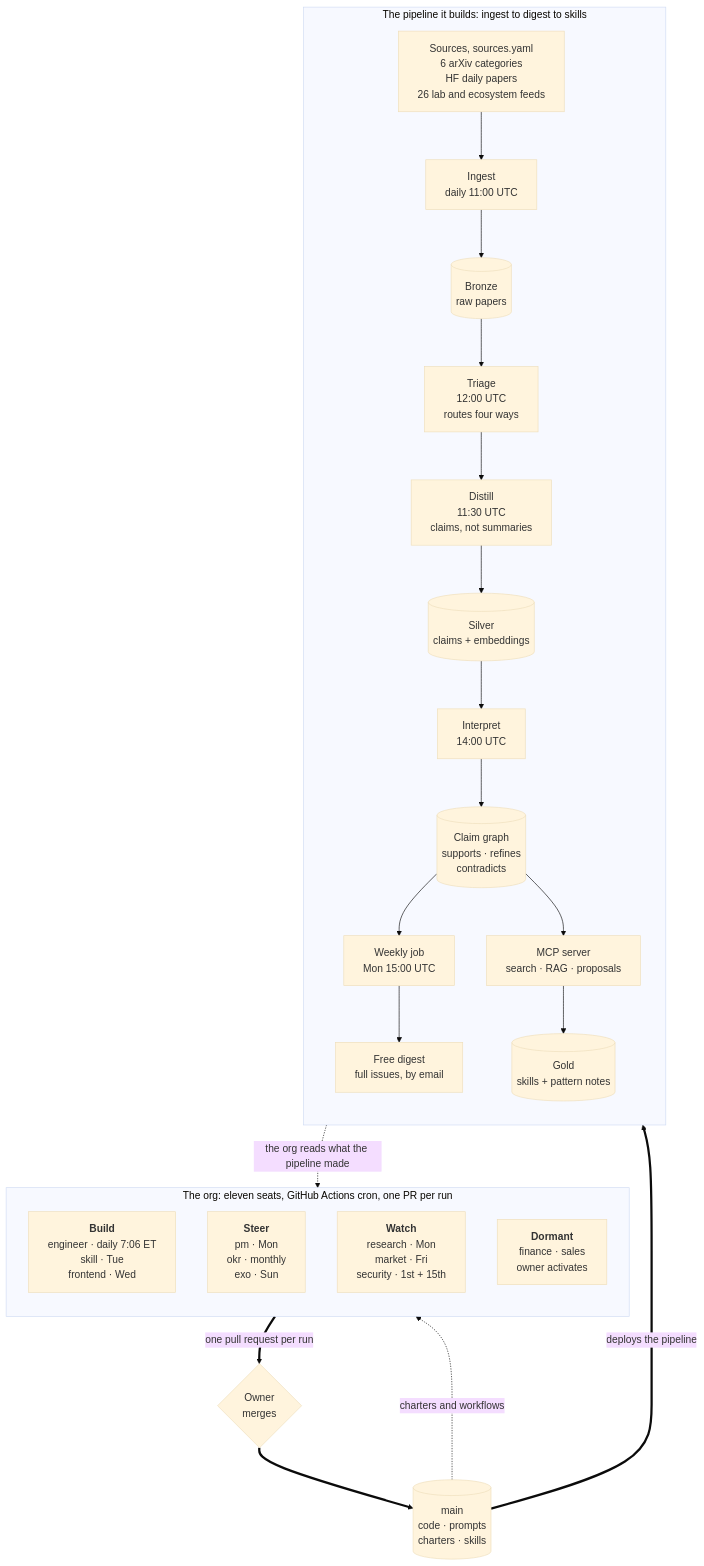
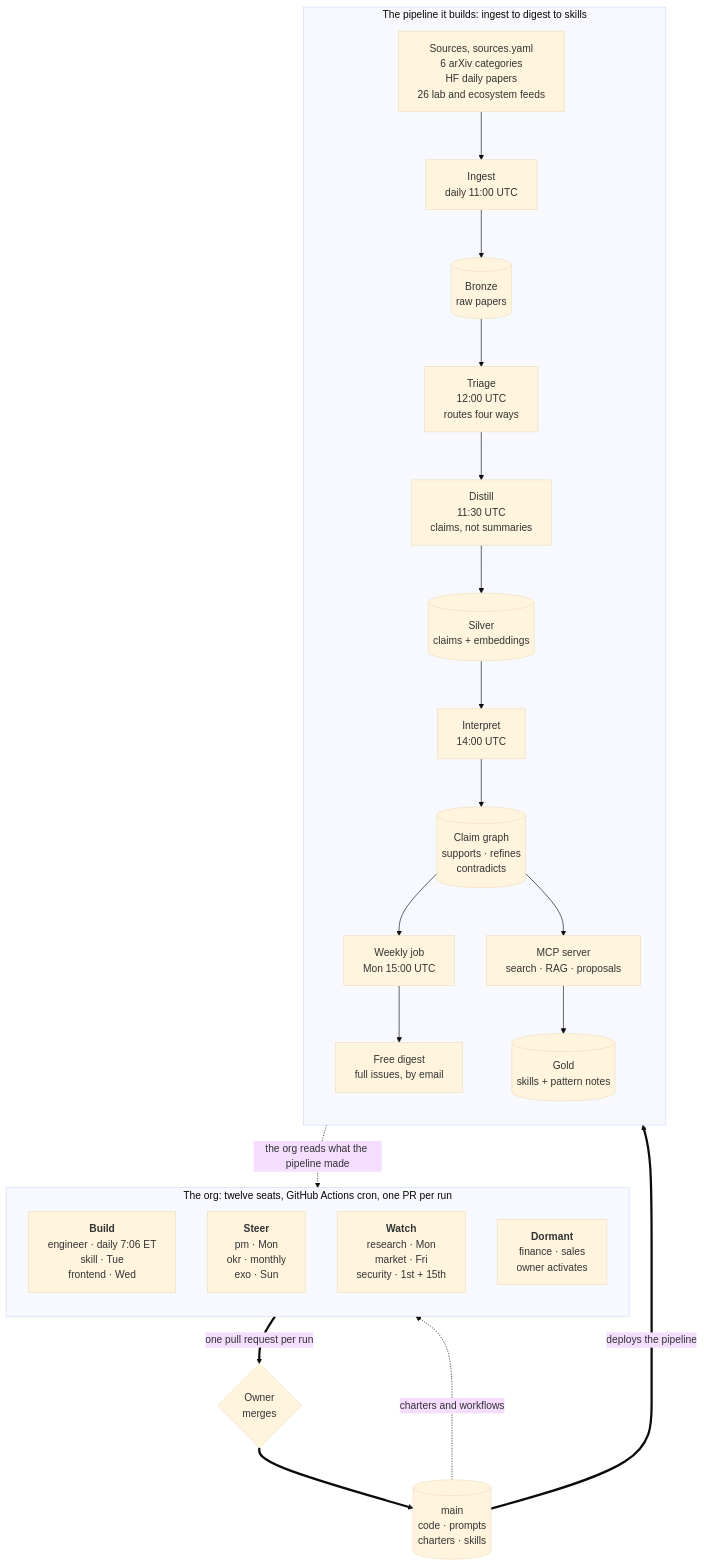
Before and after one commit to alexandrapaiz/alexandria: the first of 2 diagrams in README.md, drawn with Mermaid (base theme). The commit also changed other lines of this file, not shown here.

Commit message:
README: twelve seats, the writer row, containerized runs, ADR range to 28

````diff
--- a/README.md
+++ b/README.md
@@ -34,36 +34,36 @@
 ```mermaid
 flowchart TB
-    subgraph ORG["The org: eleven seats, GitHub Actions cron, one PR per run"]
+    subgraph ORG["The org: twelve seats, GitHub Actions cron, one PR per run"]
         direction TB
         BUILD["<b>Build</b><br/>engineer · daily 7:06 ET<br/>skill · Tue<br/>frontend · Wed"]
         STEER["<b>Steer</b><br/>pm · Mon<br/>okr · monthly<br/>exo · Sun"]
         WATCH["<b>Watch</b><br/>research · Mon<br/>market · Fri<br/>security · 1st + 15th"]
         DORM["<b>Dormant</b><br/>finance · sales<br/>owner activates"]
     end
 
     subgraph PIPE["The pipeline it builds: ingest to digest to skills"]
         direction TB
         SRC["Sources, sources.yaml<br/>6 arXiv categories<br/>HF daily papers<br/>26 lab and ecosystem feeds"]
         ING["Ingest<br/>daily 11:00 UTC"]
         BR[("Bronze<br/>raw papers")]
         TRI["Triage<br/>12:00 UTC<br/>routes four ways"]
         DIS["Distill<br/>11:30 UTC<br/>claims, not summaries"]
         SIL[("Silver<br/>claims + embeddings")]
         INT["Interpret<br/>14:00 UTC"]
         GR[("Claim graph<br/>supports · refines<br/>contradicts")]
         WK["Weekly job<br/>Mon 15:00 UTC"]
         DIGEST["Free digest<br/>full issues, by email"]
         MCP["MCP server<br/>search · RAG · proposals"]
         GOLD[("Gold<br/>skills + pattern notes")]
 
         SRC --> ING --> BR --> TRI --> DIS --> SIL --> INT --> GR
         GR --> WK --> DIGEST
         GR --> MCP --> GOLD
     end
 
     ORG ==>|"one pull request per run"| GATE{"Owner<br/>merges"}
     GATE ==> MAIN[("main<br/>code · prompts<br/>charters · skills")]
     MAIN ==>|"deploys the pipeline"| PIPE
     MAIN -.->|"charters and workflows"| ORG
     PIPE -.->|"the org reads what the pipeline made"| ORG
 ```
````
